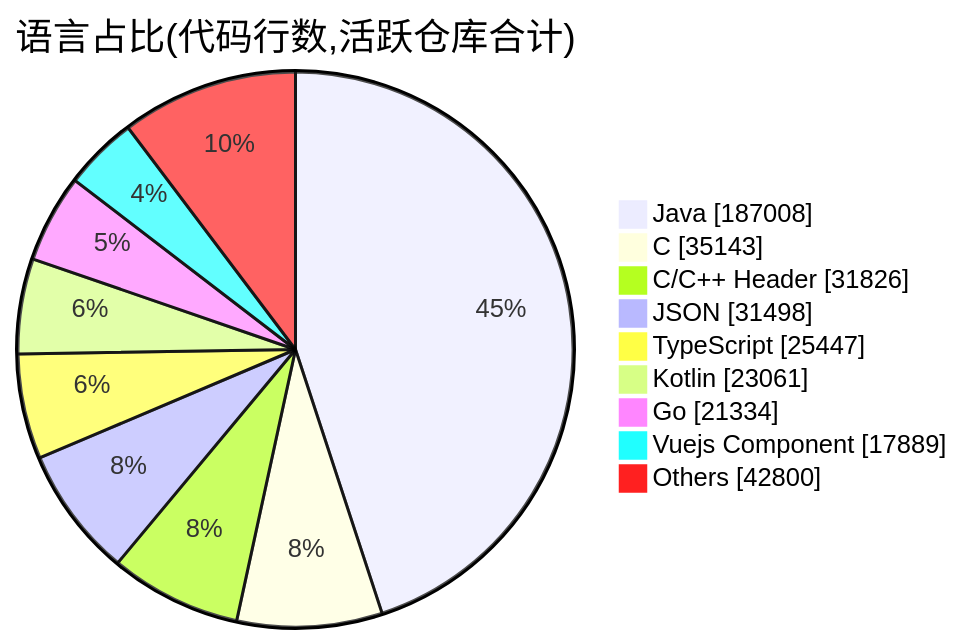
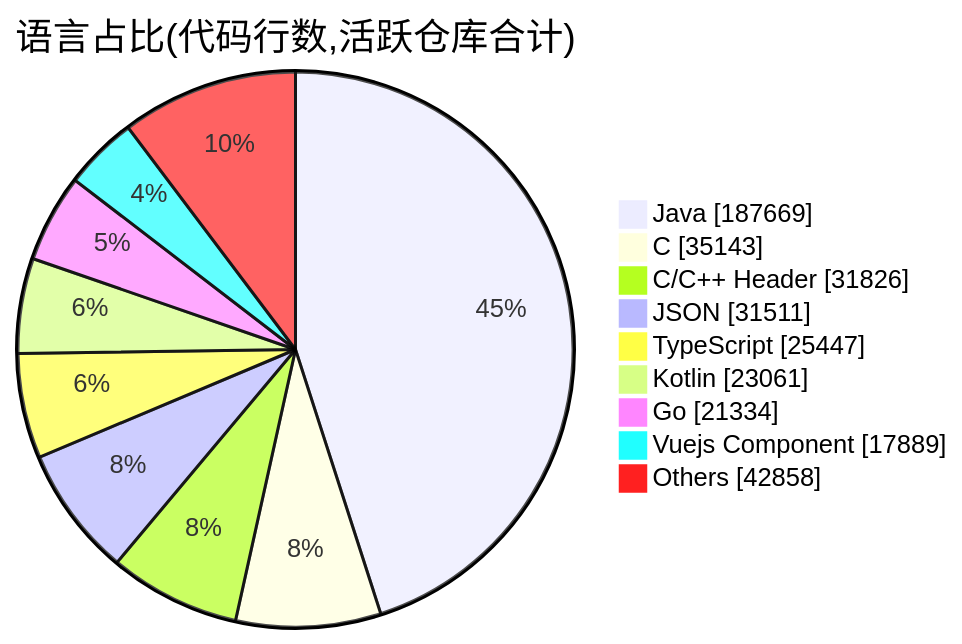
One commit to Conflux-Union/.github changed the second of 2 diagrams in profile/README.md. Above: the diagram before and after it, drawn with Mermaid. The commit also changed other lines of this file and 1 other file, not shown here.

````diff
--- a/profile/README.md
+++ b/profile/README.md
@@ -83,13 +83,13 @@
 ```mermaid
 pie showData
     title 语言占比(代码行数,活跃仓库合计)
-    "Java" : 187008
+    "Java" : 187669
     "C" : 35143
     "C/C++ Header" : 31826
-    "JSON" : 31498
+    "JSON" : 31511
     "TypeScript" : 25447
     "Kotlin" : 23061
     "Go" : 21334
     "Vuejs Component" : 17889
-    "Others" : 42800
+    "Others" : 42858
 ```
````
